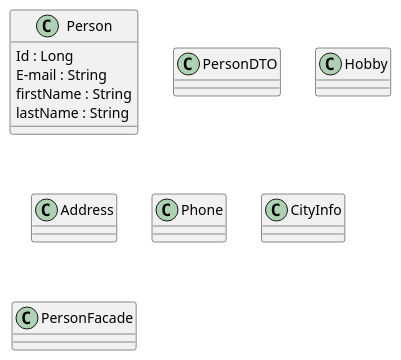
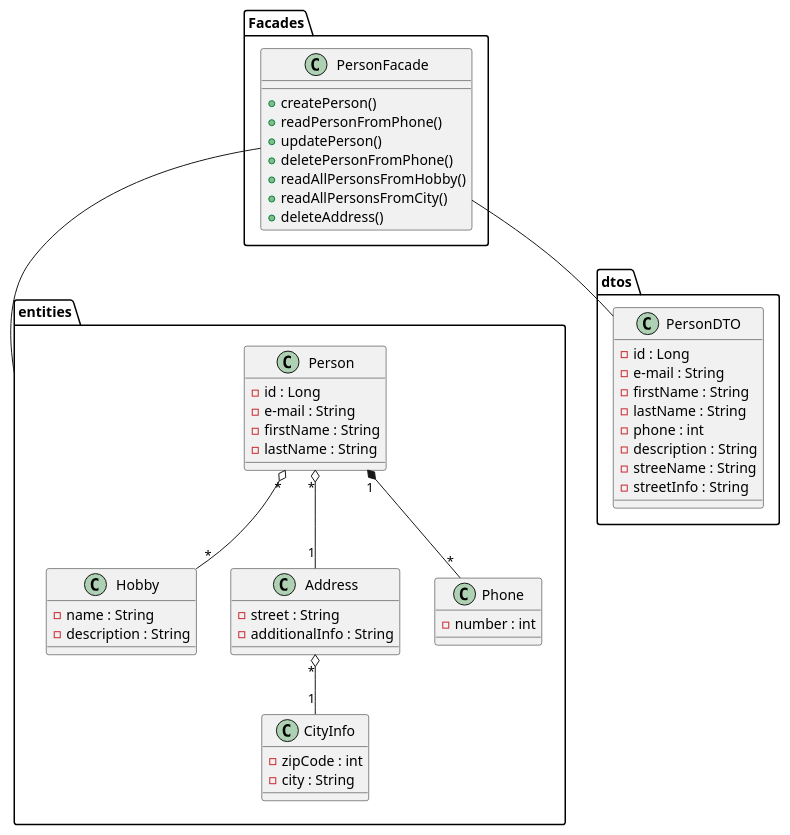
Before and after one commit to DeRp-DaWg/CA-1: the diagram in doc/Class Diagram.puml, drawn with PlantUML. The commit also changed 2 other files, not shown here.

Commit message:
Class Diagram

```diff
--- a/doc/Class Diagram.puml
+++ b/doc/Class Diagram.puml
@@ -1,29 +1,65 @@
 @startuml
 'https://plantuml.com/class-diagram
 
-class Person {
-Id : Long
-E-mail : String
-firstName : String
-lastName : String
+package entities {
+    class Person {
+    - id : Long
+    - e-mail : String
+    - firstName : String
+    - lastName : String
+    }
+
+    class Hobby {
+    - name : String
+    - description : String
+    }
+
+    class Address {
+    - street : String
+    - additionalInfo : String
+    }
+
+    class Phone {
+    - number : int
+    }
+
+    class CityInfo {
+    - zipCode : int
+    - city : String
+    }
 }
 
-class PersonDTO {
+package dtos {
+    class PersonDTO {
+    - id : Long
+    - e-mail : String
+    - firstName : String
+    - lastName : String
+    - phone : int
+    - description : String
+    - streeName : String
+    - streetInfo : String
+    }
 }
 
-class Hobby {
+package Facades {
+    class PersonFacade {
+    + createPerson()
+    + readPersonFromPhone()
+    + updatePerson()
+    + deletePersonFromPhone()
+    + readAllPersonsFromHobby()
+    + readAllPersonsFromCity()
+    + deleteAddress()
+    }
 }
 
-class Address {
-}
+Person "*" o-- "*" Hobby
+Person "*" o-- "1" Address
+Person "1" *-- "*" Phone
+Address "*" o-- "1" CityInfo
 
-class Phone {
-}
-
-class CityInfo {
-}
-
-class PersonFacade {
-}
+PersonFacade -- entities
+PersonFacade -- PersonDTO
 
 @enduml
```
